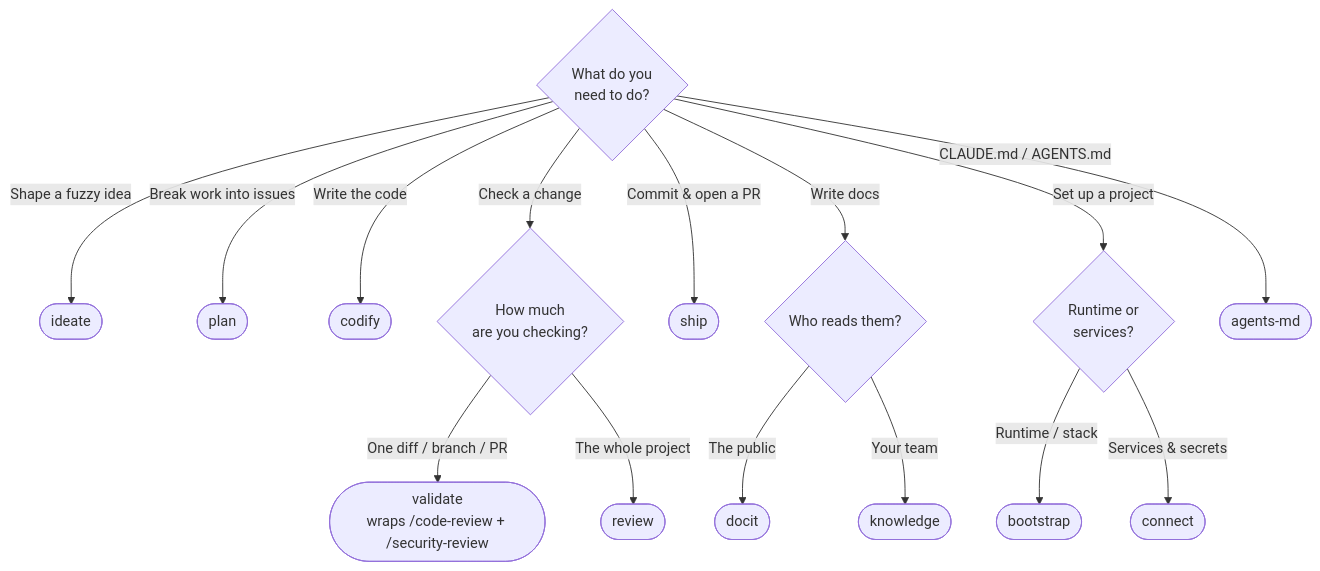
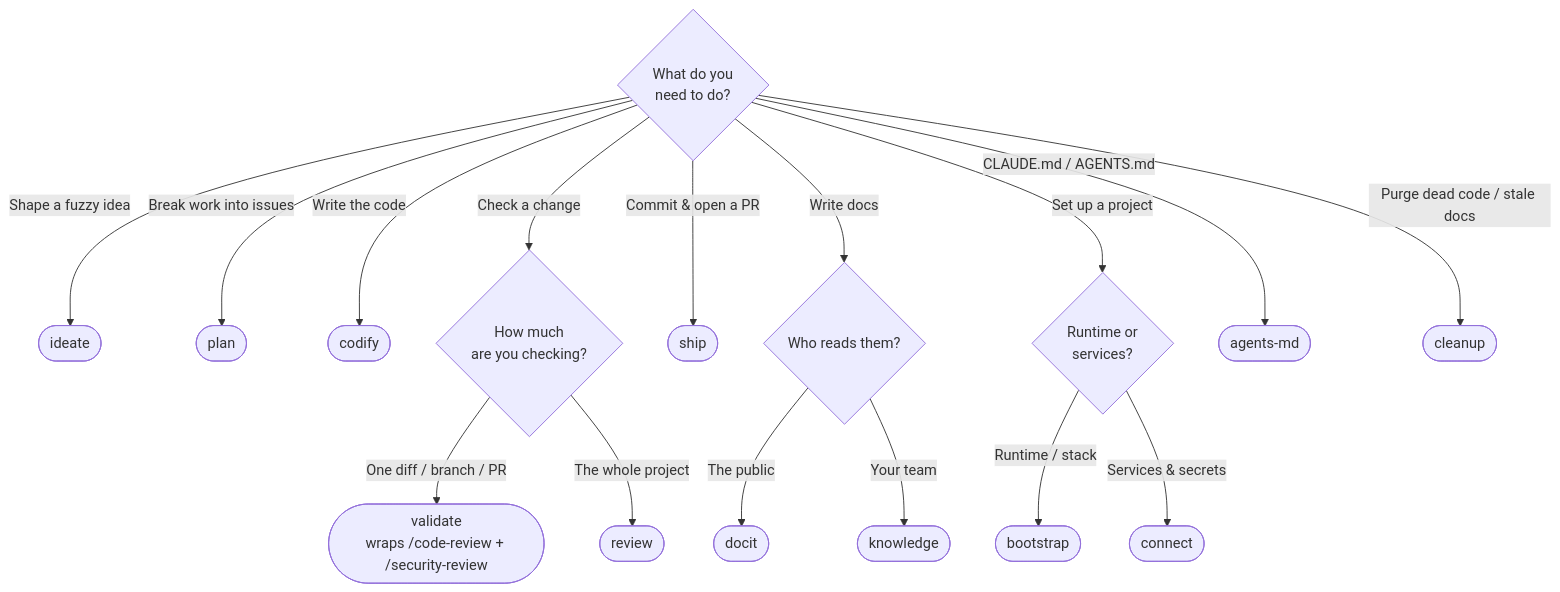
Before and after one commit to jwogrady/spark: the diagram in docs/reference/skills.md, drawn with Mermaid. The commit also changed other lines of this file and 12 other files, not shown here.

````diff
--- a/docs/reference/skills.md
+++ b/docs/reference/skills.md
@@ -17,18 +17,19 @@
 ```mermaid
 flowchart TD
     Q{What do you<br/>need to do?}
     Q -->|Shape a fuzzy idea| I([ideate])
     Q -->|Break work into issues| P([plan])
     Q -->|Write the code| C([codify])
     Q -->|Check a change| R{How much<br/>are you checking?}
     R -->|One diff / branch / PR| FI([validate<br/>wraps /code-review + /security-review])
     R -->|The whole project| RV([review])
     Q -->|Commit & open a PR| S([ship])
     Q -->|Write docs| D{Who reads them?}
     D -->|The public| DO([docit])
     D -->|Your team| K([knowledge])
     Q -->|Set up a project| SU{Runtime or<br/>services?}
     SU -->|Runtime / stack| B([bootstrap])
     SU -->|Services & secrets| CN([connect])
     Q -->|CLAUDE.md / AGENTS.md| AM([agents-md])
+    Q -->|Purge dead code / stale docs| CL([cleanup])
 ```
````
